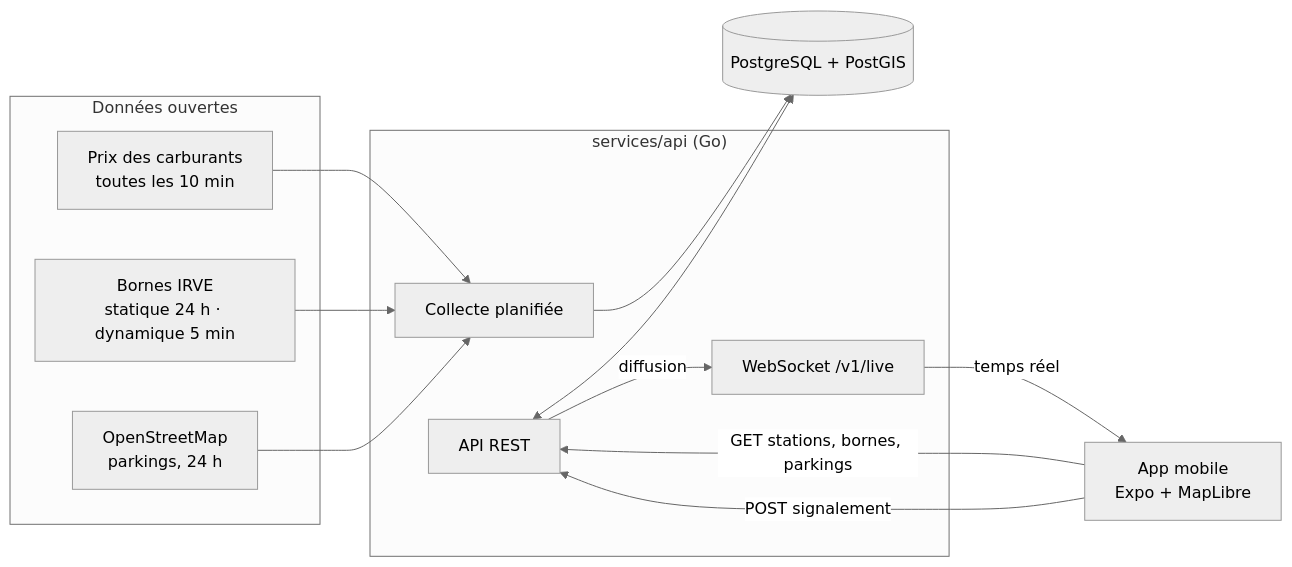
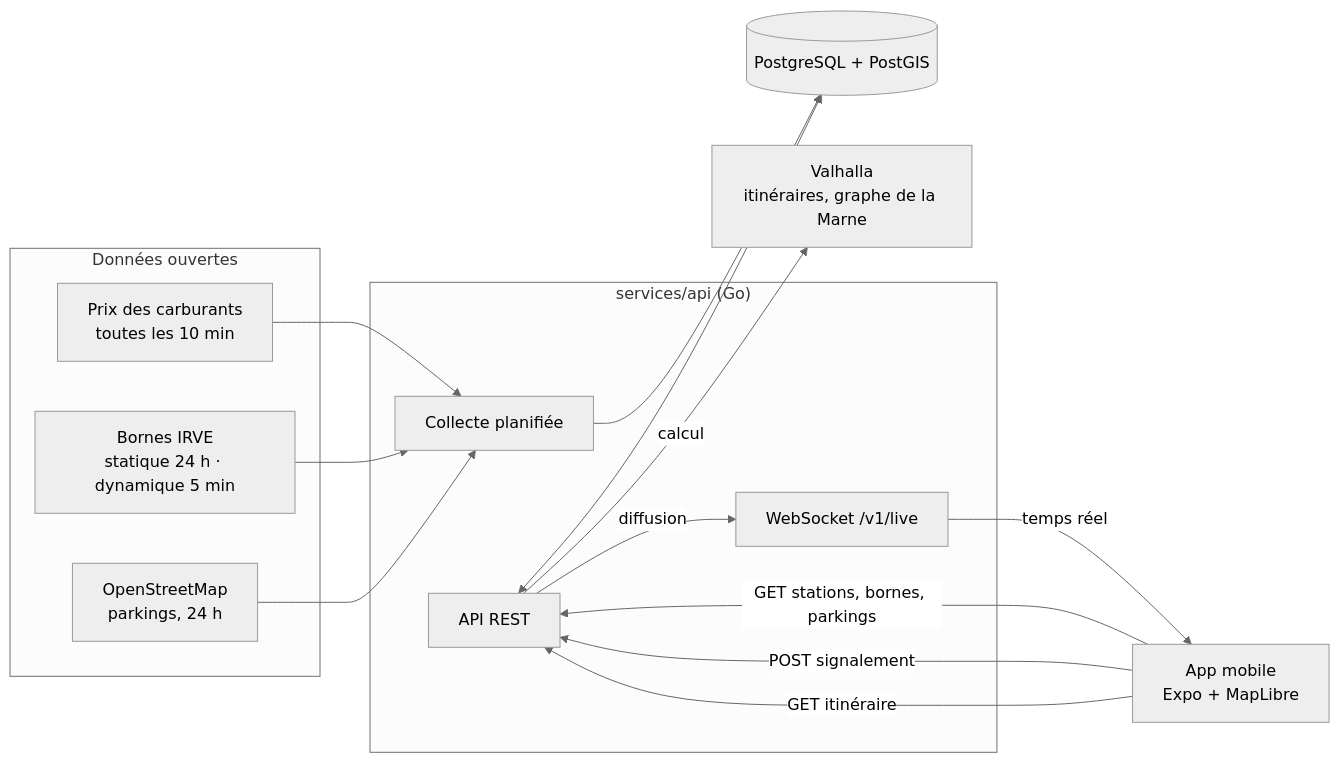
Before and after one commit to cytrafps/zelo: the diagram in README.md, drawn with Mermaid (neutral theme). The commit also changed other lines of this file, not shown here.

First line of the commit message:
docs: README à jour (parcours, options d'itinéraire, tarifs, infra)

````diff
--- a/README.md
+++ b/README.md
@@ -20,25 +22,28 @@
 ```mermaid
 flowchart LR
   subgraph Sources["Données ouvertes"]
     F["Prix des carburants<br/>toutes les 10 min"]
     B["Bornes IRVE<br/>statique 24 h · dynamique 5 min"]
     O["OpenStreetMap<br/>parkings, 24 h"]
   end
   subgraph Serveur["services/api (Go)"]
     J["Collecte planifiée"]
     A["API REST"]
     W["WebSocket /v1/live"]
   end
+  V["Valhalla<br/>itinéraires, graphe de la Marne"]
   DB[("PostgreSQL + PostGIS")]
   App["App mobile<br/>Expo + MapLibre"]
 
   F --> J
   B --> J
   O --> J
   J --> DB
   A <--> DB
   App -- "GET stations, bornes, parkings" --> A
   App -- "POST signalement" --> A
+  App -- "GET itinéraire" --> A
+  A -- "calcul" --> V
   A -- "diffusion" --> W
   W -- "temps réel" --> App
 ```
````
